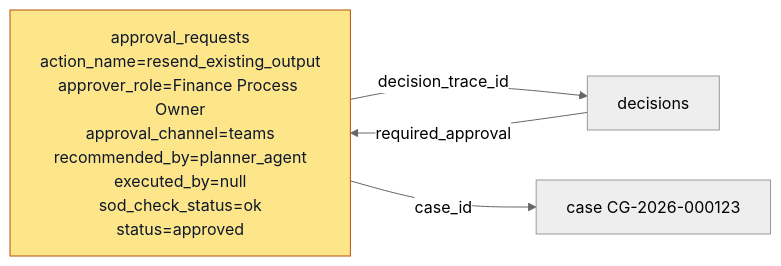
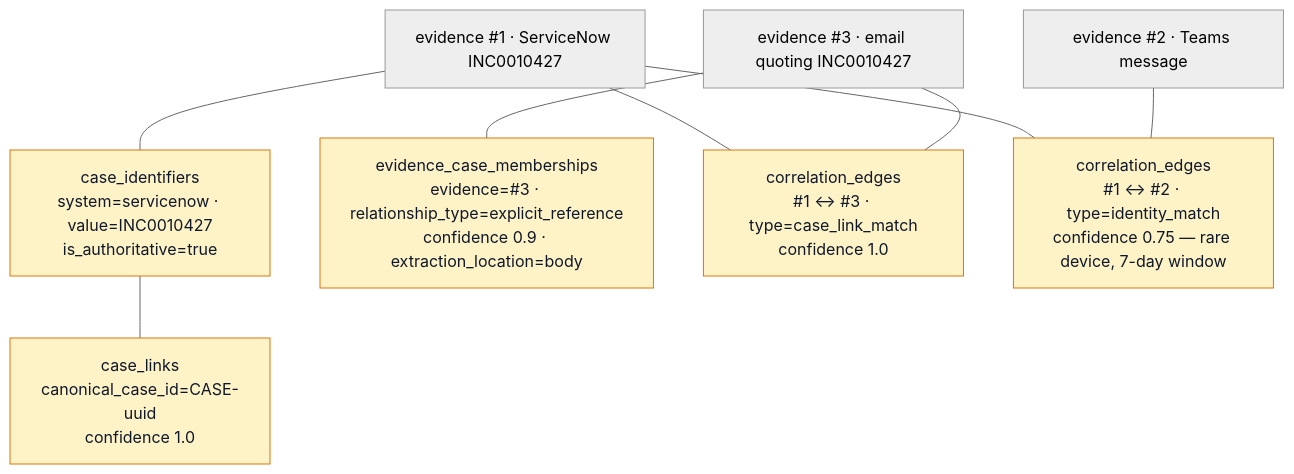
The seventh of 22 diagrams in docs/CONTEXT_GRAPH_WALKTHROUGH.md (Valuedx/ContextEdge), drawn with Mermaid (neutral theme) before and after one commit. The commit also changed other lines of this file and 48 other files, not shown here.

````diff
--- a/docs/CONTEXT_GRAPH_WALKTHROUGH.md
+++ b/docs/CONTEXT_GRAPH_WALKTHROUGH.md
@@ -165,14 +187,24 @@
 ```mermaid
-graph LR
-  AR[approval_requests<br/>action_name=resend_existing_output<br/>approver_role=Finance Process Owner<br/>approval_channel=teams<br/>recommended_by=planner_agent<br/>executed_by=null<br/>sod_check_status=ok<br/>status=approved]
+graph TD
+  EV1[evidence #1 · ServiceNow INC0010427]
+  EV2[evidence #2 · Teams message]
+  EV3[evidence #3 · email quoting INC0010427]
 
-  D[decisions]
-  CASE[case CG-2026-000123]
+  CI[case_identifiers<br/>system=servicenow · value=INC0010427<br/>is_authoritative=true]
+  CL[case_links<br/>canonical_case_id=CASE-uuid<br/>confidence 1.0]
+  MEM[evidence_case_memberships<br/>evidence=#3 · relationship_type=explicit_reference<br/>confidence 0.9 · extraction_location=body]
 
-  AR -- decision_trace_id --> D
-  AR -- case_id --> CASE
-  D -- required_approval --> AR
+  CE1[correlation_edges<br/>#1 ↔ #3 · type=case_link_match<br/>confidence 1.0]
+  CE2[correlation_edges<br/>#1 ↔ #2 · type=identity_match<br/>confidence 0.75 — rare device, 7-day window]
 
-  classDef new fill:#fde68a,stroke:#b45309,color:#0f172a;
-  class AR new;
+  EV1 --- CI
+  CI --- CL
+  EV3 --- MEM
+  EV1 --- CE1
+  EV3 --- CE1
+  EV1 --- CE2
+  EV2 --- CE2
+
+  classDef co fill:#fef3c7,stroke:#d97706,color:#0f172a;
+  class CL,MEM,CE1,CE2,CI co;
 ```
````
